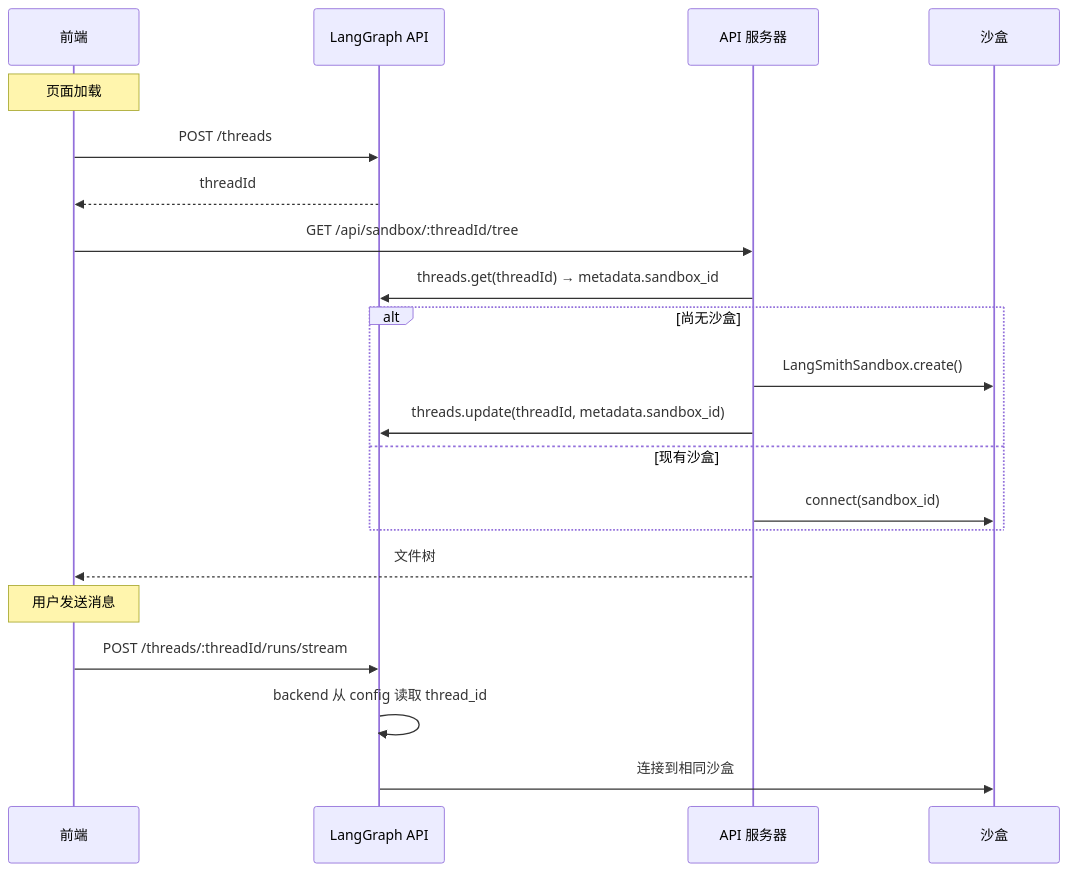
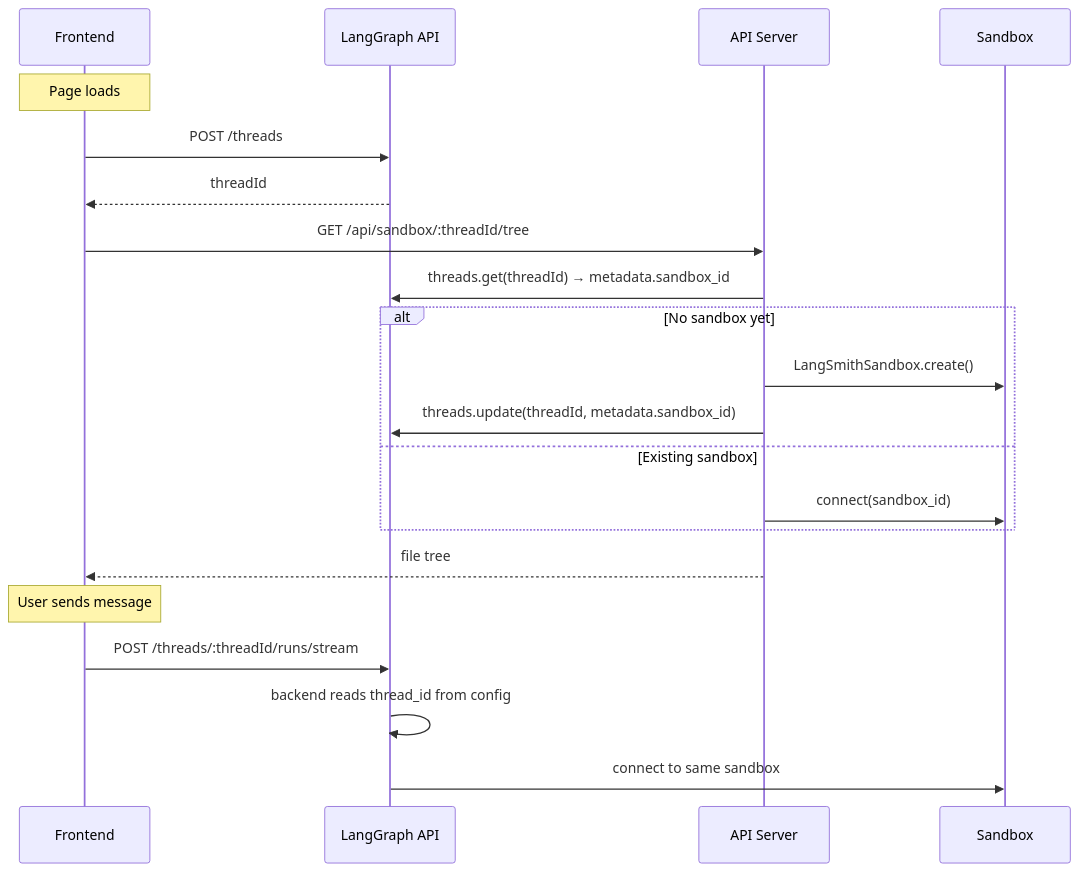
Before and after one commit to kunfan96/cndocs-langchain: the second of 2 diagrams in oss/python/deepagents/frontend/sandbox.mdx, drawn with Mermaid. The commit also changed other lines of this file and 2538 other files, not shown here.

````diff
--- a/oss/python/deepagents/frontend/sandbox.mdx
+++ b/oss/python/deepagents/frontend/sandbox.mdx
@@ -76,26 +81,26 @@
 ```mermaid
 sequenceDiagram
-    participant FE as 前端
+    participant FE as Frontend
     participant LG as LangGraph API
-    participant HTTP as API 服务器
-    participant SB as 沙盒
+    participant HTTP as API Server
+    participant SB as Sandbox
 
-    Note over FE: 页面加载
+    Note over FE: Page loads
     FE->>LG: POST /threads
     LG-->>FE: threadId
 
     FE->>HTTP: GET /api/sandbox/:threadId/tree
     HTTP->>LG: threads.get(threadId) → metadata.sandbox_id
-    alt 尚无沙盒
+    alt No sandbox yet
         HTTP->>SB: LangSmithSandbox.create()
         HTTP->>LG: threads.update(threadId, metadata.sandbox_id)
-    else 现有沙盒
+    else Existing sandbox
         HTTP->>SB: connect(sandbox_id)
     end
-    HTTP-->>FE: 文件树
+    HTTP-->>FE: file tree
 
-    Note over FE: 用户发送消息
+    Note over FE: User sends message
     FE->>LG: POST /threads/:threadId/runs/stream
-    LG->>LG: backend 从 config 读取 thread_id
-    LG->>SB: 连接到相同沙盒
+    LG->>LG: backend reads thread_id from config
+    LG->>SB: connect to same sandbox
 ```
````
